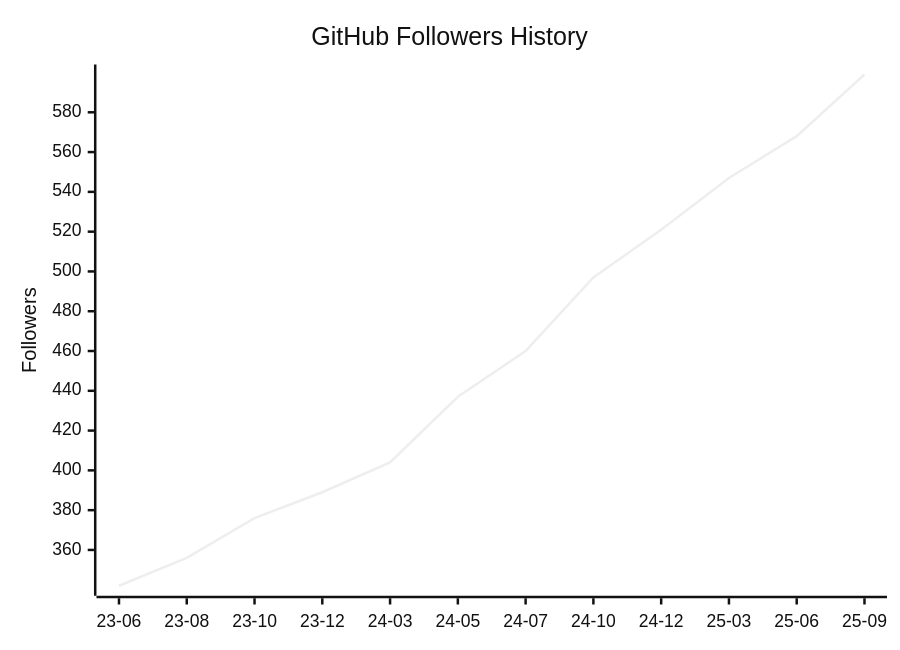
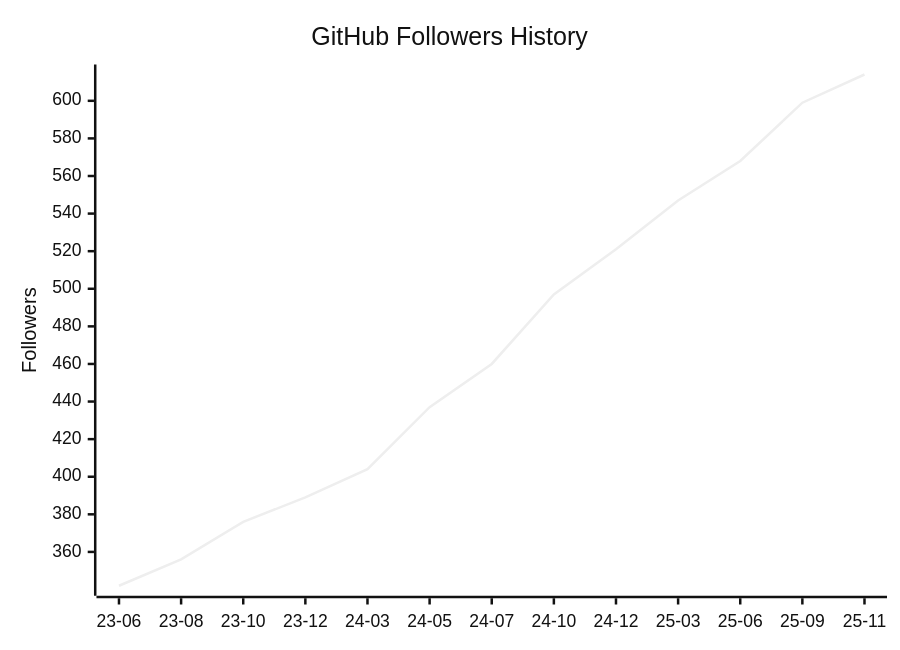
One commit to yutkat/yutkat changed the diagram in README.md. Above: the diagram before and after it, drawn with Mermaid (neutral theme). The commit also changed 1 other file, not shown here.

Commit message:
generated

````diff
--- a/README.md
+++ b/README.md
@@ -197,7 +197,7 @@
 ```mermaid
 xychart-beta
   title "GitHub Followers History"
-  x-axis ["23-06","23-08","23-10","23-12","24-03","24-05","24-07","24-10","24-12","25-03","25-06","25-09"]
+  x-axis ["23-06","23-08","23-10","23-12","24-03","24-05","24-07","24-10","24-12","25-03","25-06","25-09","25-11"]
   y-axis "Followers"
-  line [342,356,376,389,404,437,460,497,521,547,568,599]
+  line [342,356,376,389,404,437,460,497,521,547,568,599,614]
 ```
````
